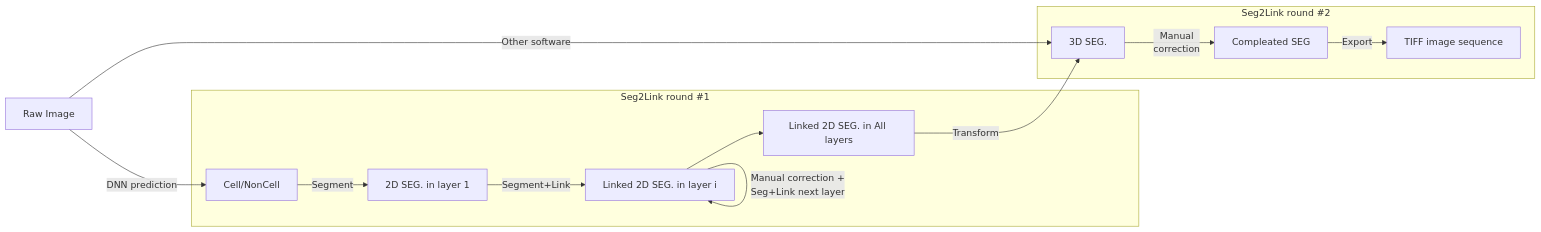
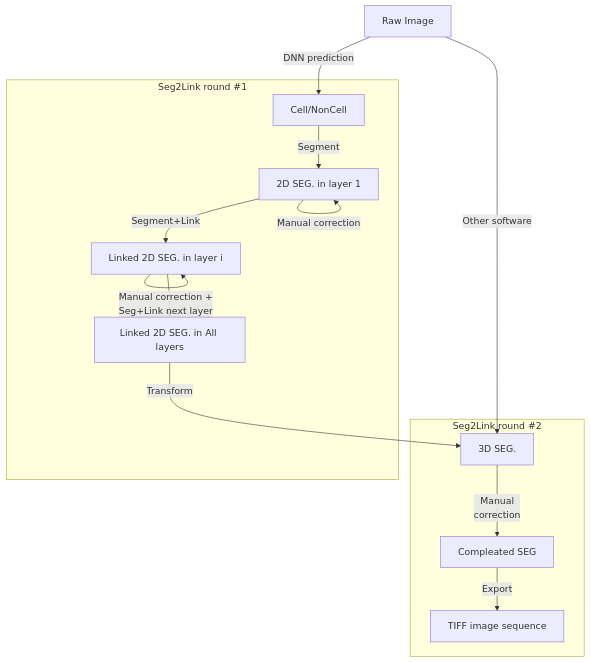
One commit to WenChentao/Seg2Link changed the diagram in README.MD. Above: the diagram before and after it, drawn with Mermaid.

Commit message:
Update Information

````diff
--- a/README.MD
+++ b/README.MD
@@ -19,18 +19,19 @@
 ```mermaid
-  flowchart LR
+  flowchart TB
   A[Raw Image]-->|DNN prediction|B1[Cell/NonCell]
 
   subgraph ide1 [Seg2Link round #1]
     B1-->|Segment|B2[2D SEG. in layer 1]
     B2-->|Segment+Link|C[Linked 2D SEG. in layer i]
+    B2-->|Manual correction|B2
     C-->|Manual correction + <br> Seg+Link next layer|C
     C-->D[Linked 2D SEG. in All layers]
   end
 
   subgraph ide2 [Seg2Link round #2]
     D-->|Transform|E[3D SEG.]
     E-->|Manual <br/> correction|F[Compleated SEG]
     F-->|Export|G[TIFF image sequence]
   end
   A-->|Other software|E
 ```
````
